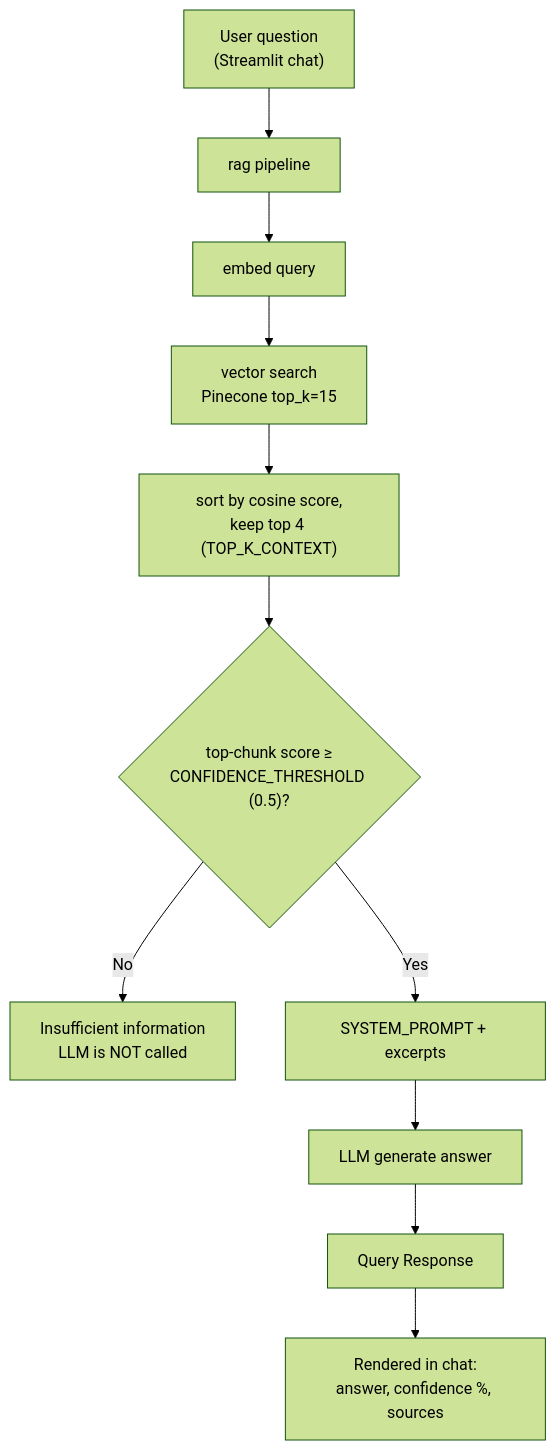
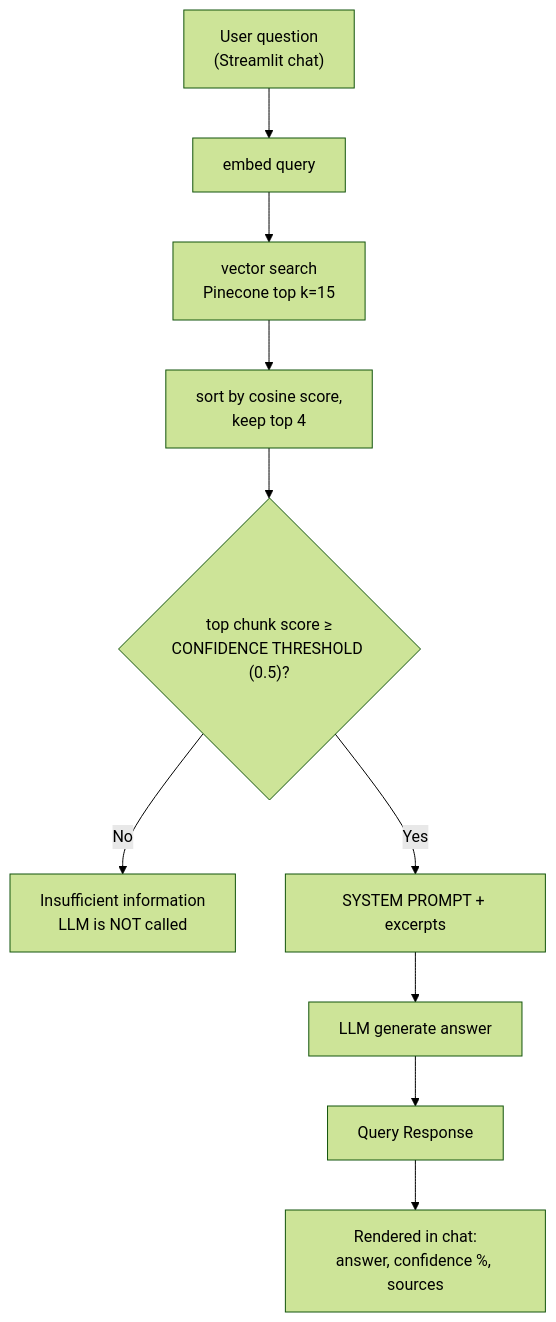
One commit to Maaruuuf/Enterprise-AI-Document-Assistant changed the second of 2 diagrams in README.md. Above: the diagram before and after it, drawn with Mermaid (forest theme). The commit also changed other lines of this file, not shown here.

````diff
--- a/README.md
+++ b/README.md
@@ -89,13 +89,12 @@
 ```mermaid
 flowchart TD
-    U["User question<br/>(Streamlit chat)"] --> P["rag pipeline"]
-    P --> EQ["embed query"]
-    EQ --> S["vector search<br/>Pinecone top_k=15"]
-    S --> RK["sort by cosine score,<br/>keep top 4 (TOP_K_CONTEXT)"]
-    RK --> G{"top-chunk score ≥<br/>CONFIDENCE_THRESHOLD (0.5)?"}
+    U["User question<br/>(Streamlit chat)"] --> EQ["embed query"]
+    EQ --> S["vector search<br/>Pinecone top k=15"]
+    S --> RK["sort by cosine score,<br/>keep top 4 "]
+    RK --> G{"top chunk score ≥<br/>CONFIDENCE THRESHOLD (0.5)?"}
     G -- "No" --> N["Insufficient information<br/>LLM is NOT called"]
-    G -- "Yes" --> M["SYSTEM_PROMPT + excerpts"]
+    G -- "Yes" --> M["SYSTEM PROMPT + excerpts"]
     M --> L["LLM generate answer<br/>"]
     L --> RESP["Query Response"]
     RESP --> U2["Rendered in chat:<br/>answer, confidence %, sources"]
 ```
````
